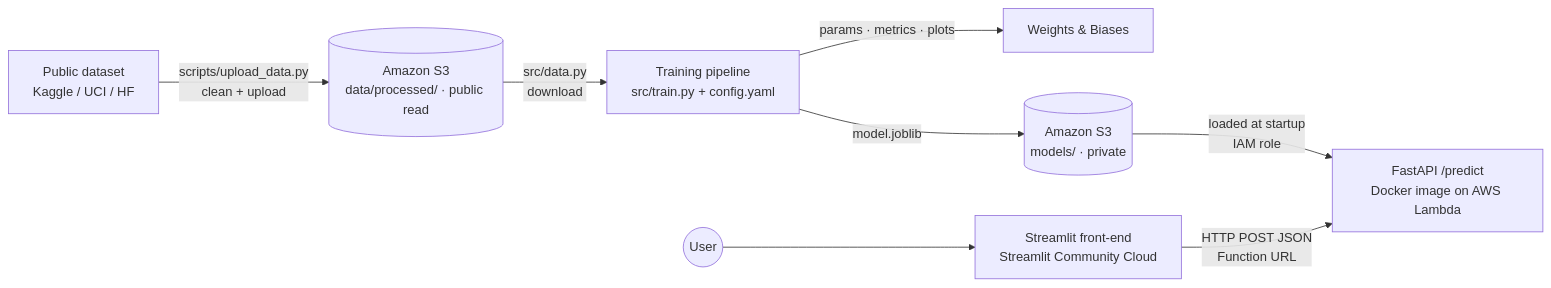
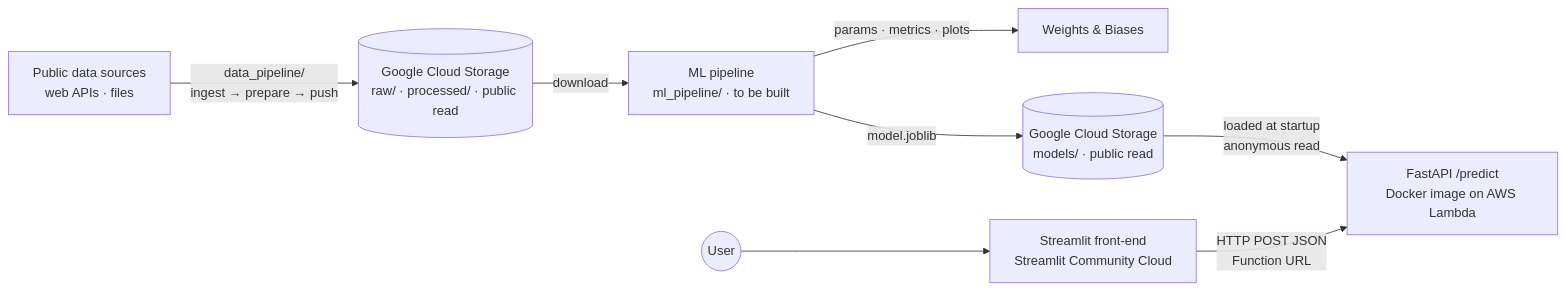
The diagram in README.md (haydn-s/climate-impact-pipeline), drawn with Mermaid before and after one commit. The commit also changed other lines of this file and 60 other files, not shown here.

First line of the commit message:
feat(data): add the data pipeline and split the repo by pipeline (#3)

````diff
--- a/README.md
+++ b/README.md
@@ -78,10 +78,10 @@
 ```mermaid
 flowchart LR
-    SRC[Public dataset<br/>Kaggle / UCI / HF] -->|scripts/upload_data.py<br/>clean + upload| STORED[(Amazon S3<br/>data/processed/ · public read)]
-    STORED -->|src/data.py<br/>download| TRAIN[Training pipeline<br/>src/train.py + config.yaml]
+    SRC[Public data sources<br/>web APIs · files] -->|data_pipeline/<br/>ingest → prepare → push| STORED[(Google Cloud Storage<br/>raw/ · processed/ · public read)]
+    STORED -->|download| TRAIN[ML pipeline<br/>ml_pipeline/ · to be built]
     TRAIN -->|params · metrics · plots| WB[Weights & Biases]
-    TRAIN -->|model.joblib| STOREM[(Amazon S3<br/>models/ · private)]
-    STOREM -->|loaded at startup<br/>IAM role| API[FastAPI /predict<br/>Docker image on AWS Lambda]
+    TRAIN -->|model.joblib| STOREM[(Google Cloud Storage<br/>models/ · public read)]
+    STOREM -->|loaded at startup<br/>anonymous read| API[FastAPI /predict<br/>Docker image on AWS Lambda]
     UI[Streamlit front-end<br/>Streamlit Community Cloud] -->|HTTP POST JSON<br/>Function URL| API
     USER((User)) --> UI
 ```
````
